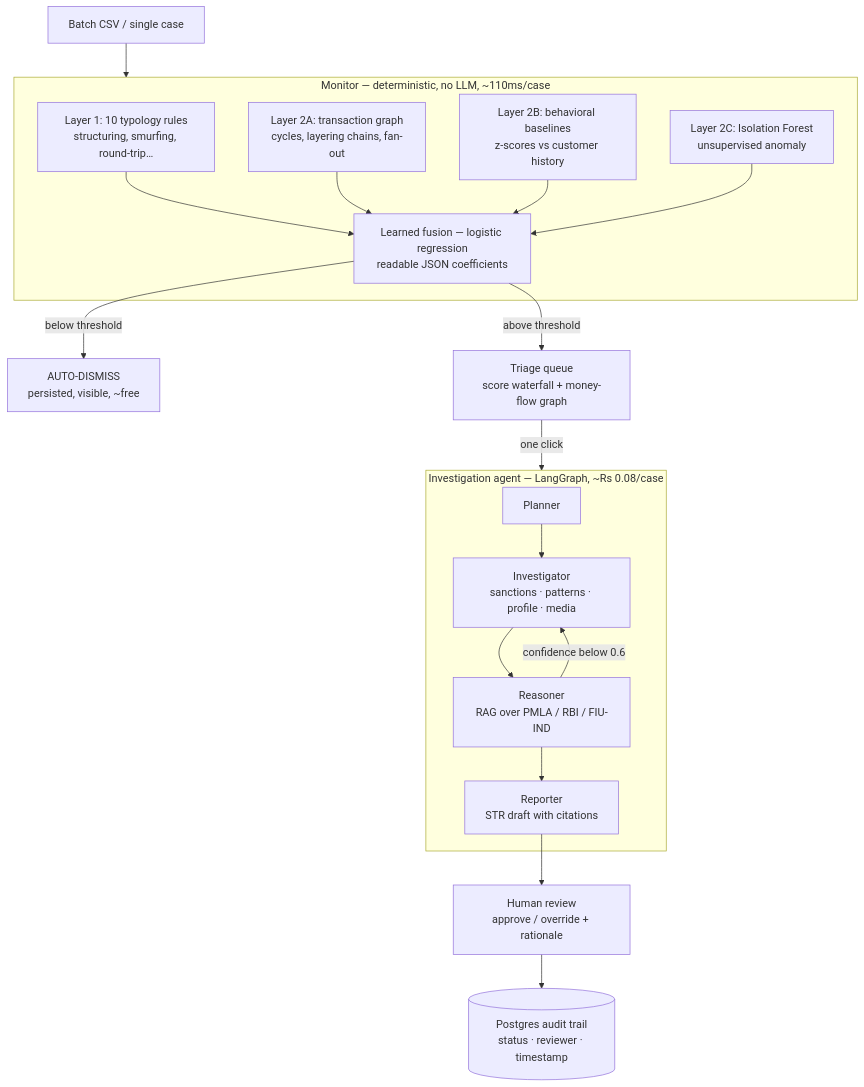
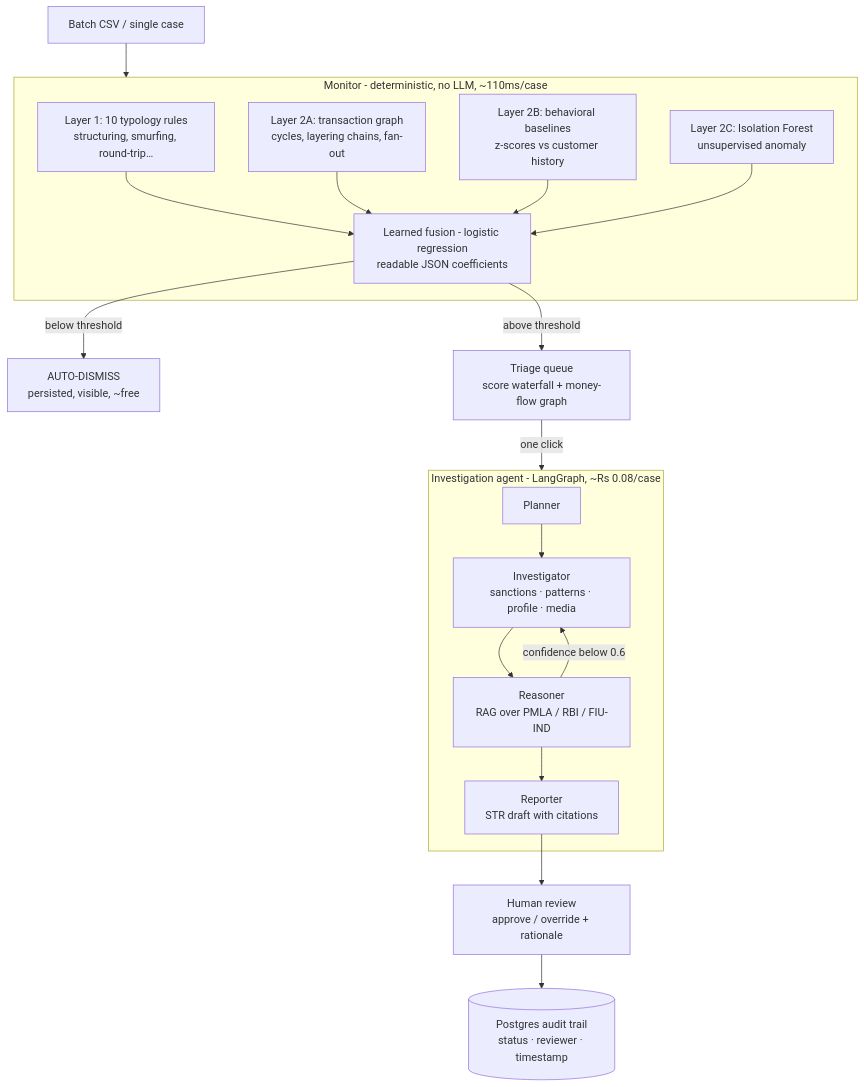
The diagram in README.md (theparthgupta/Vigil), drawn with Mermaid before and after one commit. The commit also changed other lines of this file and 3 other files, not shown here.

````diff
--- a/README.md
+++ b/README.md
@@ -36,30 +36,30 @@
 ```mermaid
 flowchart TD
     CSV[Batch CSV / single case] --> M
 
-    subgraph M["Monitor — deterministic, no LLM, ~110ms/case"]
+    subgraph M["Monitor - deterministic, no LLM, ~110ms/case"]
         L1["Layer 1: 10 typology rules\nstructuring, smurfing, round-trip…"]
         L2A["Layer 2A: transaction graph\ncycles, layering chains, fan-out"]
         L2B["Layer 2B: behavioral baselines\nz-scores vs customer history"]
         L2C["Layer 2C: Isolation Forest\nunsupervised anomaly"]
-        F["Learned fusion — logistic regression\nreadable JSON coefficients"]
+        F["Learned fusion - logistic regression\nreadable JSON coefficients"]
         L1 --> F
         L2A --> F
         L2B --> F
         L2C --> F
     end
 
     F -->|below threshold| D["AUTO-DISMISS\npersisted, visible, ~free"]
     F -->|above threshold| Q["Triage queue\nscore waterfall + money-flow graph"]
     Q -->|one click| A
 
-    subgraph A["Investigation agent — LangGraph, ~Rs 0.08/case"]
+    subgraph A["Investigation agent - LangGraph, ~Rs 0.08/case"]
         P[Planner] --> I["Investigator\nsanctions · patterns · profile · media"]
         I --> R["Reasoner\nRAG over PMLA / RBI / FIU-IND"]
         R -->|confidence below 0.6| I
         R --> W["Reporter\nSTR draft with citations"]
     end
 
     W --> H["Human review\napprove / override + rationale"]
     H --> T[("Postgres audit trail\nstatus · reviewer · timestamp")]
 ```
````
